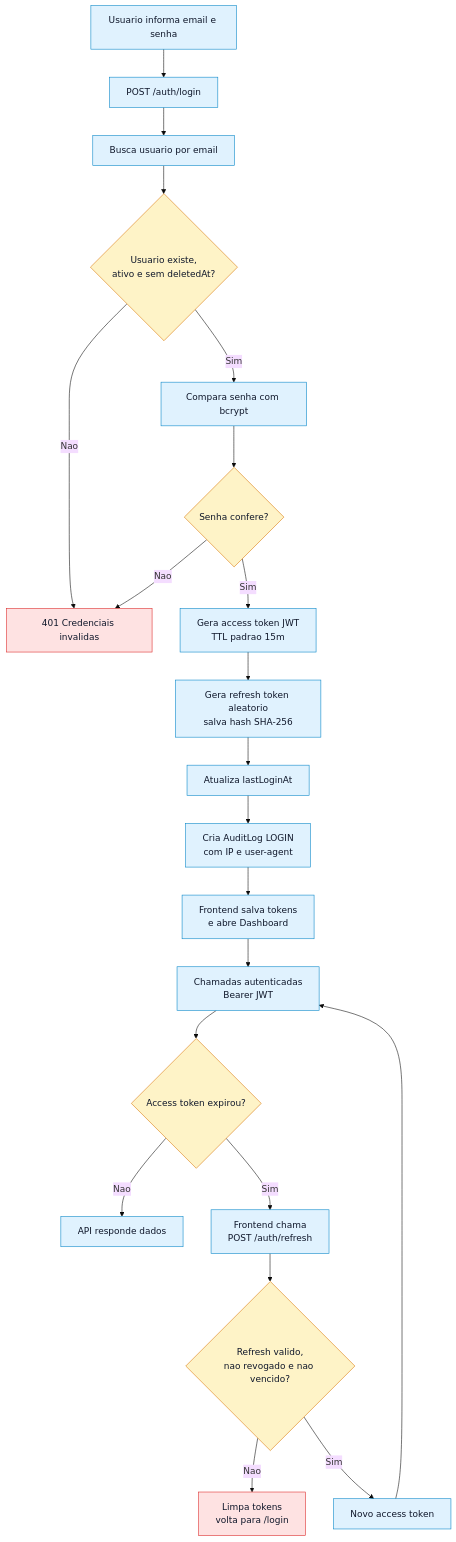
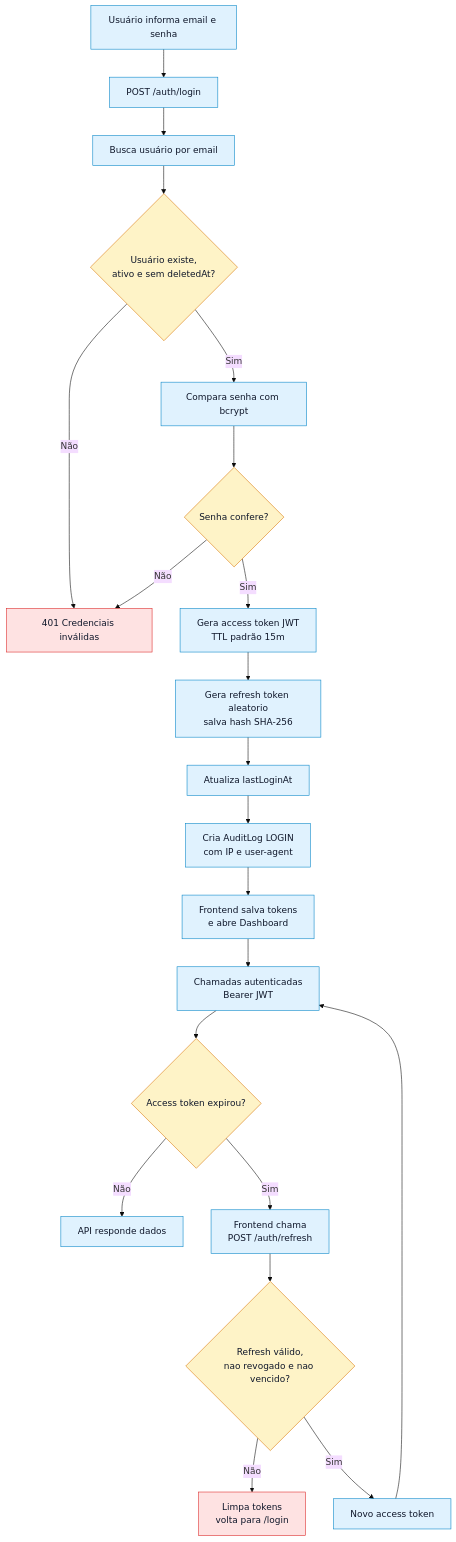
The third of 12 diagrams in docs/fluxograma-completo.md (aldemirfidelis/gestao-360-indicadores), drawn with Mermaid (base theme) before and after one commit. The commit also changed other lines of this file and 73 other files, not shown here.

````diff
--- a/docs/fluxograma-completo.md
+++ b/docs/fluxograma-completo.md
@@ -121,31 +121,31 @@
 ```mermaid
 flowchart TD
-  A["Usuario informa email e senha"] --> B["POST /auth/login"]
-  B --> C["Busca usuario por email"]
-  C --> D{"Usuario existe,<br/>ativo e sem deletedAt?"}
-  D -- "Nao" --> X["401 Credenciais invalidas"]
+  A["Usuário informa email e senha"] --> B["POST /auth/login"]
+  B --> C["Busca usuário por email"]
+  C --> D{"Usuário existe,<br/>ativo e sem deletedAt?"}
+  D -- "Não" --> X["401 Credenciais inválidas"]
   D -- "Sim" --> E["Compara senha com bcrypt"]
   E --> F{"Senha confere?"}
-  F -- "Nao" --> X
-  F -- "Sim" --> G["Gera access token JWT<br/>TTL padrao 15m"]
+  F -- "Não" --> X
+  F -- "Sim" --> G["Gera access token JWT<br/>TTL padrão 15m"]
   G --> H["Gera refresh token aleatorio<br/>salva hash SHA-256"]
   H --> I["Atualiza lastLoginAt"]
   I --> J["Cria AuditLog LOGIN<br/>com IP e user-agent"]
   J --> K["Frontend salva tokens<br/>e abre Dashboard"]
   K --> L["Chamadas autenticadas<br/>Bearer JWT"]
   L --> M{"Access token expirou?"}
-  M -- "Nao" --> N["API responde dados"]
+  M -- "Não" --> N["API responde dados"]
   M -- "Sim" --> O["Frontend chama<br/>POST /auth/refresh"]
-  O --> P{"Refresh valido,<br/>nao revogado e nao vencido?"}
-  P -- "Nao" --> Q["Limpa tokens<br/>volta para /login"]
+  O --> P{"Refresh válido,<br/>nao revogado e nao vencido?"}
+  P -- "Não" --> Q["Limpa tokens<br/>volta para /login"]
   P -- "Sim" --> R["Novo access token"]
   R --> L
 
   classDef step fill:#e0f2fe,stroke:#0284c7,color:#0f172a
   classDef rule fill:#dcfce7,stroke:#16a34a,color:#0f172a
   classDef decision fill:#fef3c7,stroke:#d97706,color:#0f172a
   classDef risk fill:#fee2e2,stroke:#dc2626,color:#0f172a
   class A,B,C,E,G,H,I,J,K,L,N,O,R step
   class D,F,M,P decision
   class X,Q risk
 ```
````
